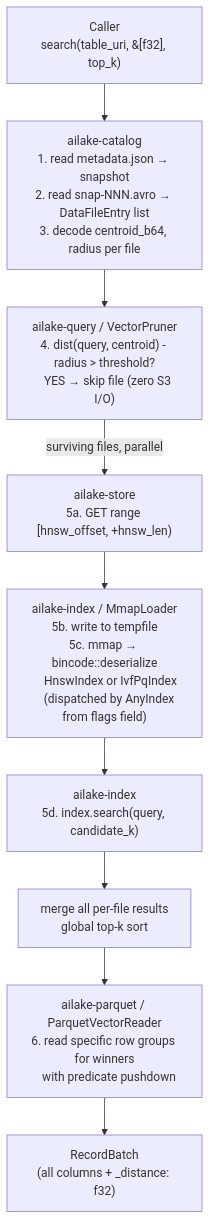
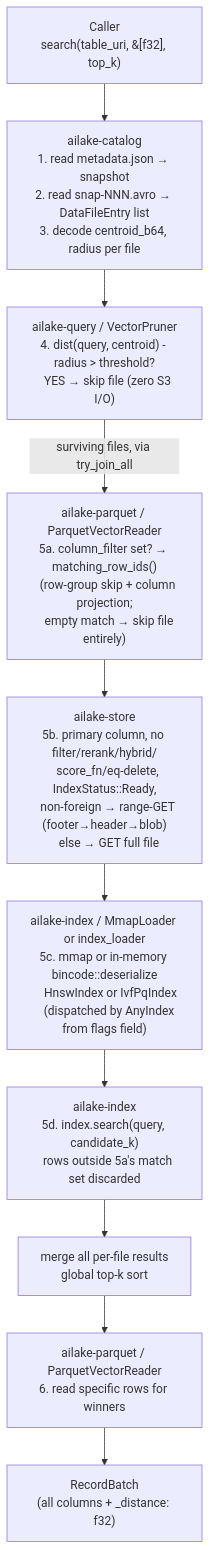
The second of 3 diagrams in docs/architecture/DATA_FLOW.md (ailake-io/ai-lakehouse), drawn with Mermaid before and after one commit. The commit also changed other lines of this file and 17 other files, not shown here.

First line of the commit message:
docs: full documentation audit against safety-fuzzing + create_table changes [skip ci]

````diff
--- a/docs/architecture/DATA_FLOW.md
+++ b/docs/architecture/DATA_FLOW.md
@@ -154,16 +154,17 @@
 ```mermaid
 flowchart TD
     C["Caller\nsearch(table_uri, &[f32], top_k)"]
     CAT["ailake-catalog\n1. read metadata.json → snapshot\n2. read snap-NNN.avro → DataFileEntry list\n3. decode centroid_b64, radius per file"]
     PRUNE["ailake-query / VectorPruner\n4. dist(query, centroid) - radius > threshold?\n   YES → skip file (zero S3 I/O)"]
-    STORE["ailake-store\n5a. GET range [hnsw_offset, +hnsw_len)"]
-    MMAP["ailake-index / MmapLoader\n5b. write to tempfile\n5c. mmap → bincode::deserialize\n    HnswIndex or IvfPqIndex\n    (dispatched by AnyIndex from flags field)"]
-    SEARCH["ailake-index\n5d. index.search(query, candidate_k)"]
+    FILTER["ailake-parquet / ParquetVectorReader\n5a. column_filter set? → matching_row_ids()\n   (row-group skip + column projection;\n    empty match → skip file entirely)"]
+    STORE["ailake-store\n5b. primary column, no filter/rerank/hybrid/\n   score_fn/eq-delete, IndexStatus::Ready,\n   non-foreign → range-GET (footer→header→blob)\n   else → GET full file"]
+    MMAP["ailake-index / MmapLoader or index_loader\n5c. mmap or in-memory bincode::deserialize\n    HnswIndex or IvfPqIndex\n    (dispatched by AnyIndex from flags field)"]
+    SEARCH["ailake-index\n5d. index.search(query, candidate_k)\n   rows outside 5a's match set discarded"]
     MERGE["merge all per-file results\nglobal top-k sort"]
-    FETCH["ailake-parquet / ParquetVectorReader\n6. read specific row groups for winners\n   with predicate pushdown"]
+    FETCH["ailake-parquet / ParquetVectorReader\n6. read specific rows for winners"]
     OUT["RecordBatch\n(all columns + _distance: f32)"]
 
     C --> CAT --> PRUNE
-    PRUNE -->|surviving files, parallel| STORE --> MMAP --> SEARCH --> MERGE
+    PRUNE -->|surviving files, via try_join_all| FILTER --> STORE --> MMAP --> SEARCH --> MERGE
     MERGE --> FETCH --> OUT
 ```
````
